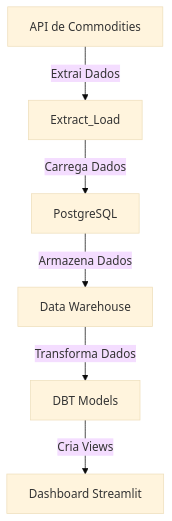
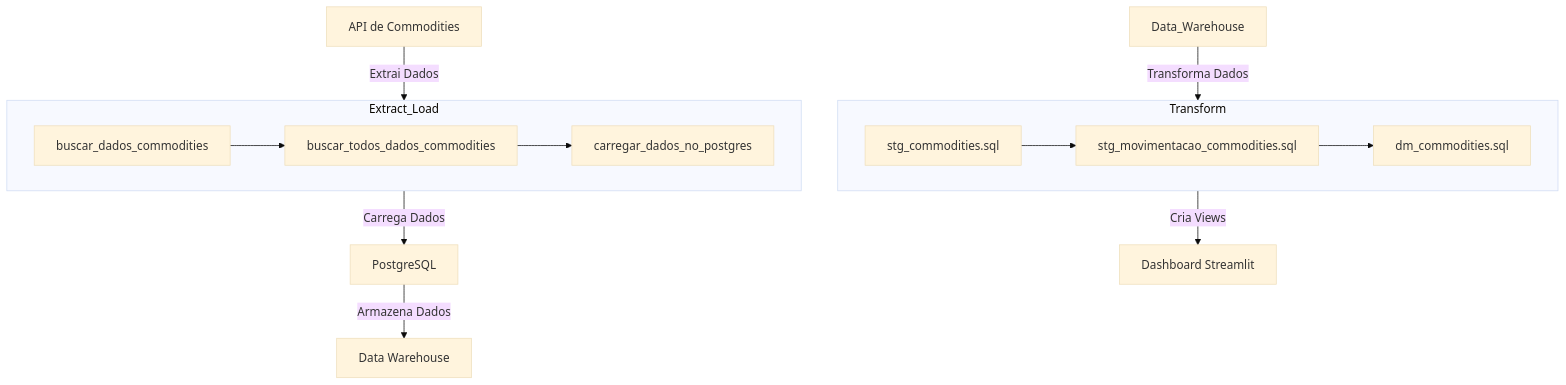
One commit to lvgalvao/workshop-aberto-dw-do-zero changed the first of 2 diagrams in README.md. Above: the diagram before and after it, drawn with Mermaid (base theme). The commit also changed other lines of this file and 2 other files, not shown here.

Commit message:
fechougit add .!

````diff
--- a/README.md
+++ b/README.md
@@ -38,8 +38,18 @@
 ```mermaid
 graph TD;
-    A[API de Commodities] -->|Extrai Dados| B[Extract_Load]
-    B -->|Carrega Dados| C[PostgreSQL]
+    subgraph Extract_Load
+        A1[buscar_dados_commodities] --> B1[buscar_todos_dados_commodities]
+        B1 --> C1[carregar_dados_no_postgres]
+    end
+
+    subgraph Transform
+        D1[stg_commodities.sql] --> E1[stg_movimentacao_commodities.sql]
+        E1 --> F1[dm_commodities.sql]
+    end
+
+    A[API de Commodities] -->|Extrai Dados| Extract_Load
+    Extract_Load -->|Carrega Dados| C[PostgreSQL]
     C -->|Armazena Dados| D[Data Warehouse]
-    D -->|Transforma Dados| E[DBT Models]
-    E -->|Cria Views| F[Dashboard Streamlit]
+    Data_Warehouse -->|Transforma Dados| Transform
+    Transform -->|Cria Views| F[Dashboard Streamlit]
 ```
````
